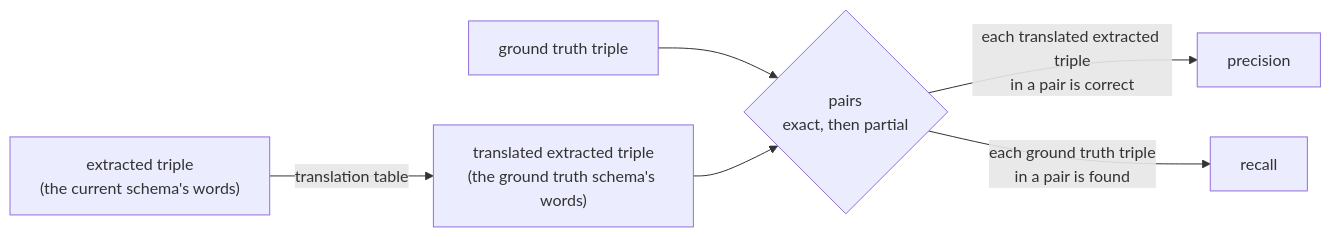
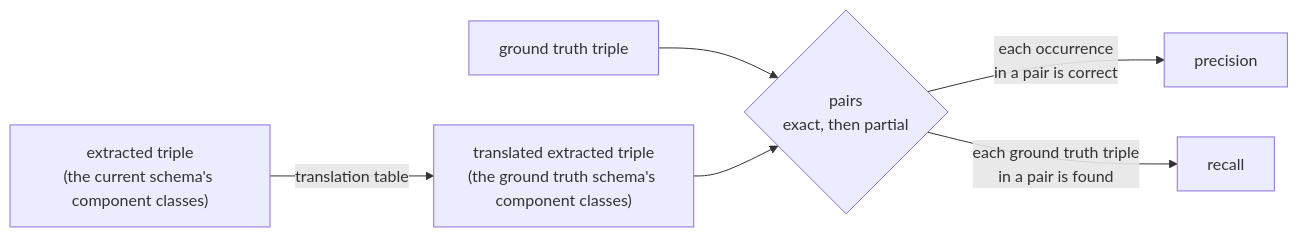
One commit to iulia-iordanescu/datanasagov_KG_proj changed the fourth of 5 diagrams in docs/pipeline_in_pictures.md. Above: the diagram before and after it, drawn with Mermaid. The commit also changed other lines of this file and 69 other files, not shown here.

````diff
--- a/docs/pipeline_in_pictures.md
+++ b/docs/pipeline_in_pictures.md
@@ -90,8 +90,8 @@
 ```mermaid
 flowchart LR
-    X["extracted triple<br/>(the current schema's words)"] -->|"translation table"| TX["translated extracted triple<br/>(the ground truth schema's words)"]
+    X["extracted triple<br/>(the current schema's component classes)"] -->|"translation table"| TX["translated extracted triple<br/>(the ground truth schema's component classes)"]
     G["ground truth triple"] --> PAIR{"pairs<br/>exact, then partial"}
     TX --> PAIR
-    PAIR -->|"each translated extracted triple<br/>in a pair is correct"| PREC["precision"]
+    PAIR -->|"each occurrence<br/>in a pair is correct"| PREC["precision"]
     PAIR -->|"each ground truth triple<br/>in a pair is found"| REC["recall"]
 ```
````
